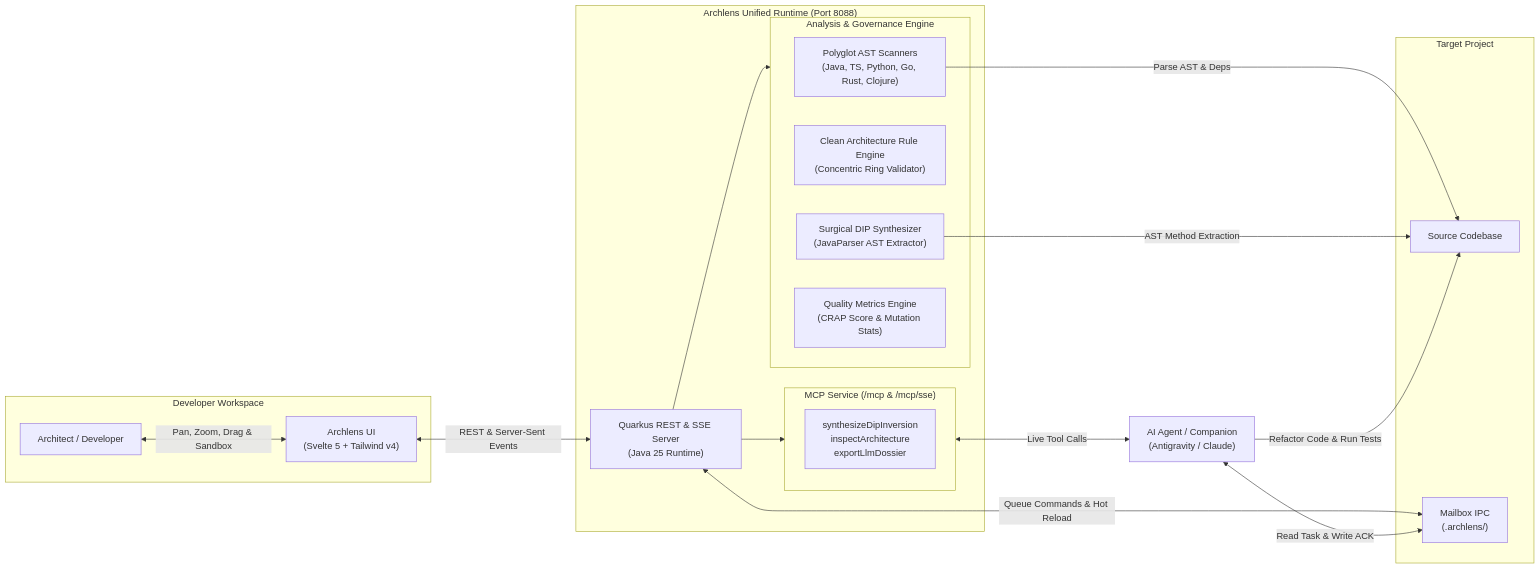
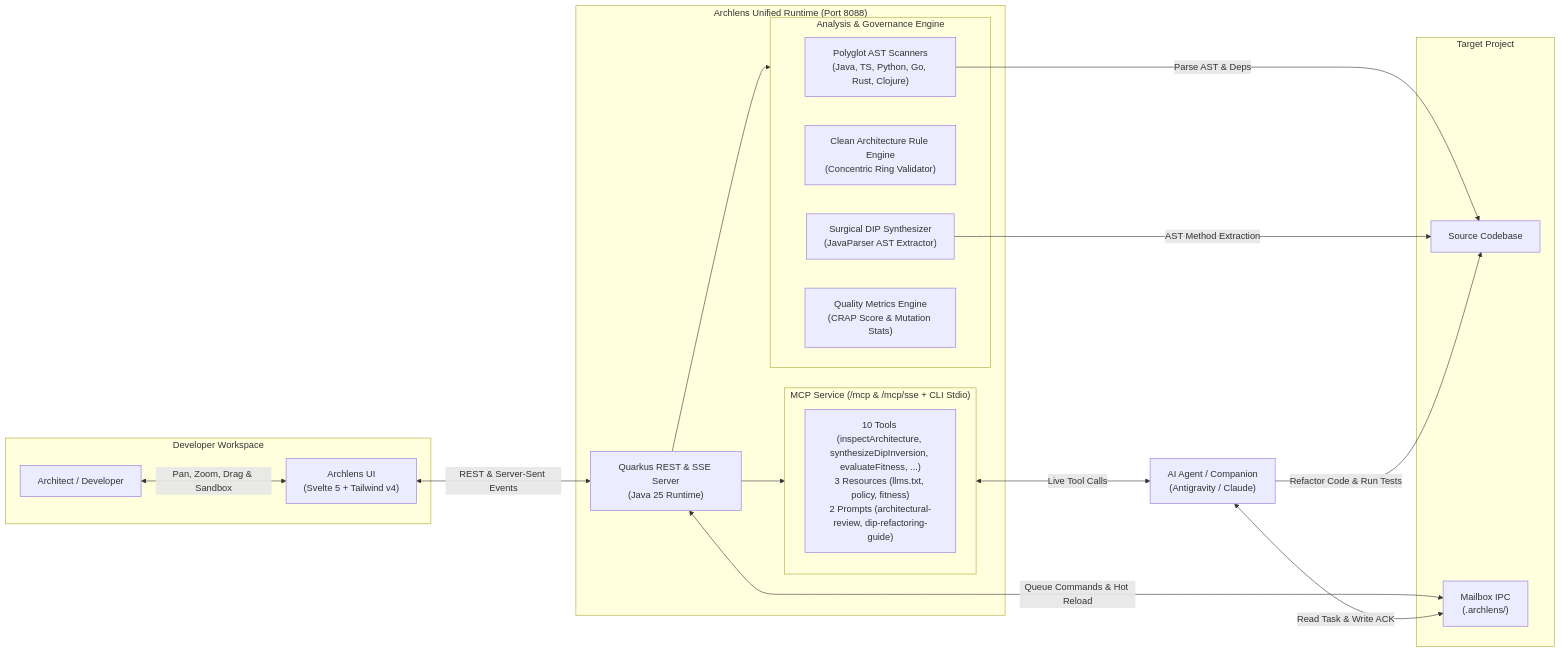
One commit to fmatar/archlens changed the first of 2 diagrams in wiki/Architecture.md. Above: the diagram before and after it, drawn with Mermaid. The commit also changed other lines of this file and 33 other files, not shown here.

Commit message:
fix(docs): synchronize wiki, roadmap, and MCP parity with v0.1.1 AST (#8253)

````diff
--- a/wiki/Architecture.md
+++ b/wiki/Architecture.md
@@ -9,40 +9,40 @@
 ```mermaid
 flowchart LR
     subgraph Client ["Developer Workspace"]
         User["Architect / Developer"]
         Browser["Archlens UI<br/>(Svelte 5 + Tailwind v4)"]
     end
 
     subgraph Runtime ["Archlens Unified Runtime (Port 8088)"]
         Server["Quarkus REST & SSE Server<br/>(Java 25 Runtime)"]
         
         subgraph Core ["Analysis & Governance Engine"]
             Scanner["Polyglot AST Scanners<br/>(Java, TS, Python, Go, Rust, Clojure)"]
             Rules["Clean Architecture Rule Engine<br/>(Concentric Ring Validator)"]
             Synthesizer["Surgical DIP Synthesizer<br/>(JavaParser AST Extractor)"]
             Metrics["Quality Metrics Engine<br/>(CRAP Score & Mutation Stats)"]
         end
         
-        subgraph McpServer ["MCP Service (/mcp & /mcp/sse)"]
-            Tools["synthesizeDipInversion<br/>inspectArchitecture<br/>exportLlmDossier"]
+        subgraph McpServer ["MCP Service (/mcp & /mcp/sse + CLI Stdio)"]
+            Tools["10 Tools (inspectArchitecture, synthesizeDipInversion, evaluateFitness, ...)<br/>3 Resources (llms.txt, policy, fitness)<br/>2 Prompts (architectural-review, dip-refactoring-guide)"]
         end
     end
 
     subgraph Storage ["Target Project"]
         Code["Source Codebase"]
         Mailbox["Mailbox IPC<br/>(.archlens/)"]
     end
 
     Agent["AI Agent / Companion<br/>(Antigravity / Claude)"]
 
     User <-->|Pan, Zoom, Drag & Sandbox| Browser
     Browser <-->|REST & Server-Sent Events| Server
     Server --> Core
     Scanner -->|Parse AST & Deps| Code
     Synthesizer -->|AST Method Extraction| Code
     Server <-->|Queue Commands & Hot Reload| Mailbox
     Server --> McpServer
     McpServer <-->|Live Tool Calls| Agent
     Agent <-->|Read Task & Write ACK| Mailbox
     Agent -->|Refactor Code & Run Tests| Code
 ```
````
